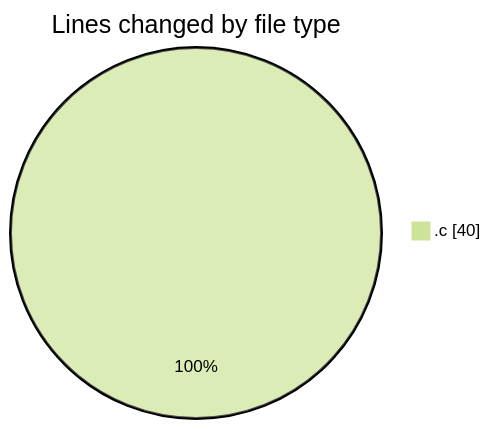
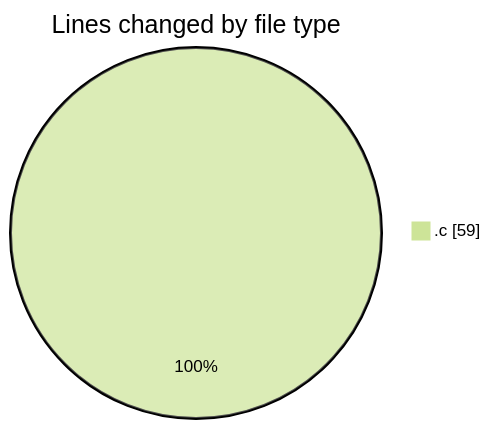
The first of 2 diagrams in 2026-04-09/pws2026/README.md (Unknowalive/code-tracking), drawn with Mermaid (forest theme) before and after one commit. The commit also changed other lines of this file and 1 other file, not shown here.

````diff
--- a/2026-04-09/pws2026/README.md
+++ b/2026-04-09/pws2026/README.md
@@ -20,5 +20,5 @@
 ```mermaid
 pie showData
 title Lines changed by file type
-".c" : 40
+".c" : 59
 ```
````
